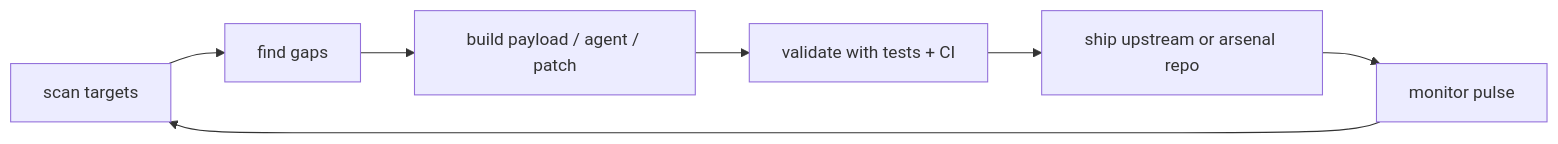
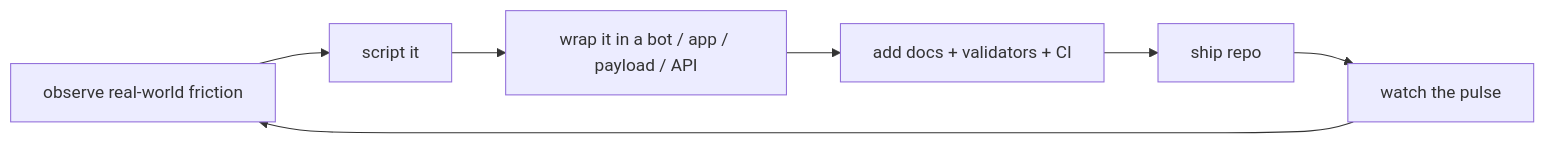
One commit to ooovenenoso/ooovenenoso changed the diagram in README.md. Above: the diagram before and after it, drawn with Mermaid. The commit also changed other lines of this file, not shown here.

Commit message:
Broaden profile repo landscape

````diff
--- a/README.md
+++ b/README.md
@@ -73,9 +143,9 @@
 ```mermaid
 flowchart LR
-    A[scan targets] --> B[find gaps]
-    B --> C[build payload / agent / patch]
-    C --> D[validate with tests + CI]
-    D --> E[ship upstream or arsenal repo]
-    E --> F[monitor pulse]
+    A[observe real-world friction] --> B[script it]
+    B --> C[wrap it in a bot / app / payload / API]
+    C --> D[add docs + validators + CI]
+    D --> E[ship repo]
+    E --> F[watch the pulse]
     F --> A
 ```
````
